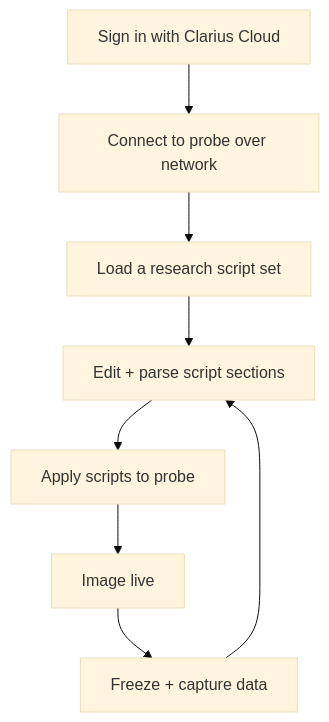
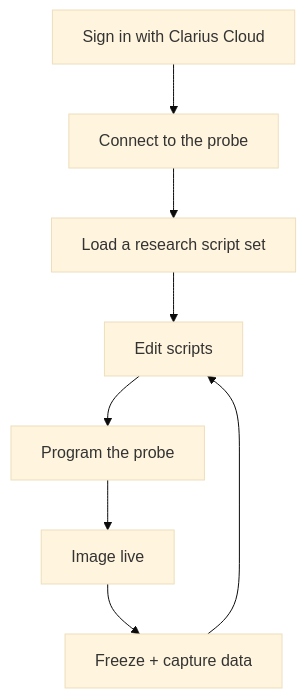
Before and after one commit to clariusdev/texo: the diagram in docs/getting-started.md, drawn with Mermaid (base theme). The commit also changed other lines of this file and 6 other files, not shown here.

````diff
--- a/docs/getting-started.md
+++ b/docs/getting-started.md
@@ -17,10 +14,10 @@
 ```mermaid
 flowchart TD
-  login[Sign in with Clarius Cloud] --> connect[Connect to probe over network]
+  login[Sign in with Clarius Cloud] --> connect[Connect to the probe]
   connect --> load[Load a research script set]
-  load --> edit[Edit + parse script sections]
-  edit --> apply[Apply scripts to probe]
-  apply --> image[Image live]
+  load --> edit[Edit scripts]
+  edit --> program[Program the probe]
+  program --> image[Image live]
   image --> capture[Freeze + capture data]
   capture --> edit
 ```
````
